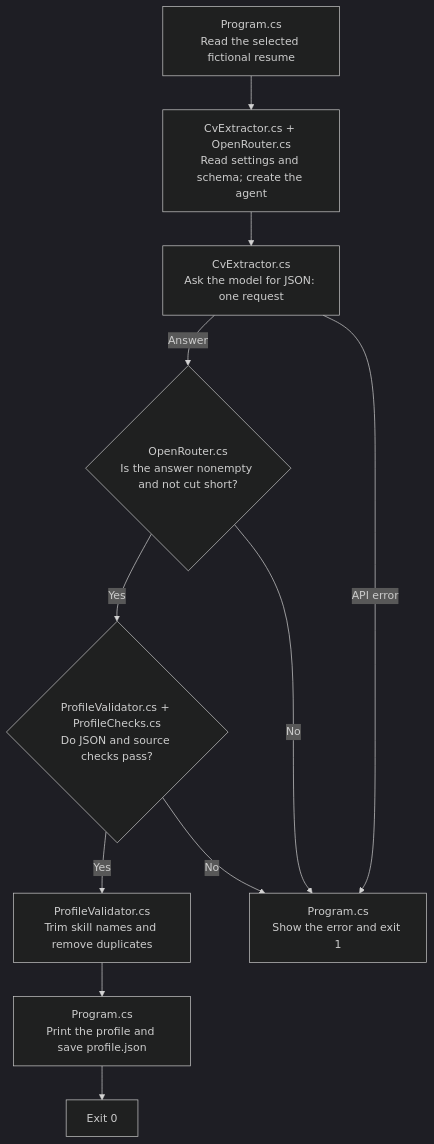
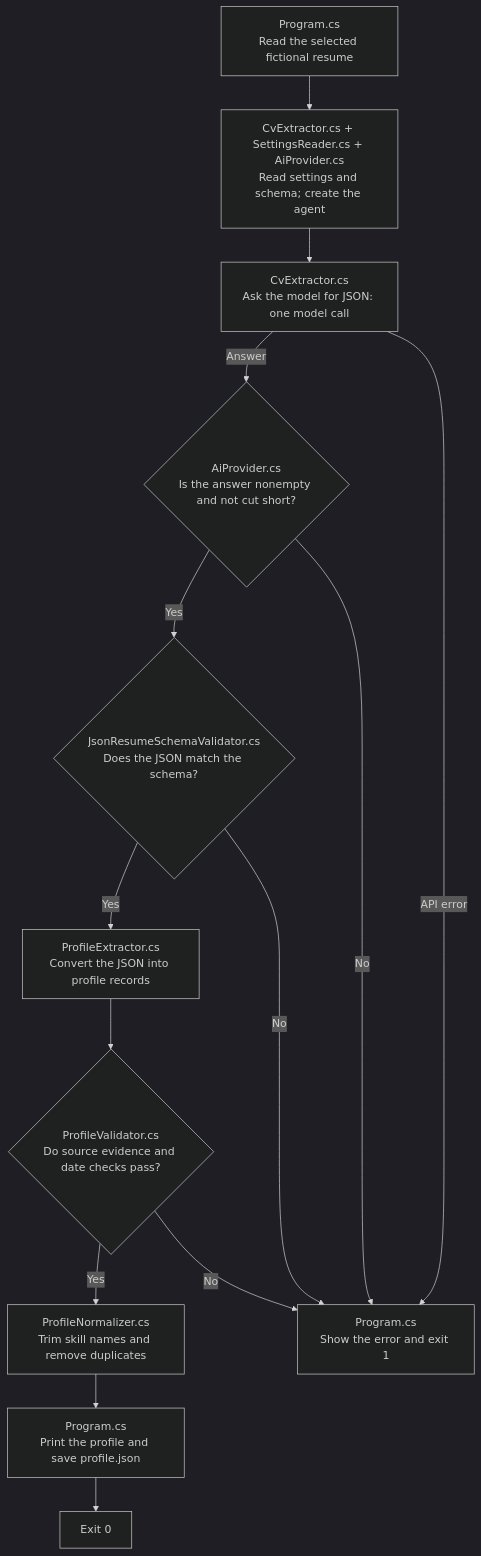
Before and after one commit to KhosroPakmanesh/ai-engineering-training: the diagram in 02-structured-output/structured-output/README.md, drawn with Mermaid (dark theme). The commit also changed other lines of this file and 80 other files, not shown here.

````diff
--- a/02-structured-output/structured-output/README.md
+++ b/02-structured-output/structured-output/README.md
@@ -19,13 +21,16 @@
 ```mermaid
 flowchart TD
-    A["Program.cs<br/>Read the selected fictional resume"] --> B["CvExtractor.cs + OpenRouter.cs<br/>Read settings and schema; create the agent"]
-    B --> C["CvExtractor.cs<br/>Ask the model for JSON: one request"]
-    C -->|Answer| D{"OpenRouter.cs<br/>Is the answer nonempty and not cut short?"}
-    D -->|Yes| E{"ProfileValidator.cs + ProfileChecks.cs<br/>Do JSON and source checks pass?"}
-    E -->|Yes| F["ProfileValidator.cs<br/>Trim skill names and remove duplicates"]
+    A["Program.cs<br/>Read the selected fictional resume"] --> B["CvExtractor.cs + SettingsReader.cs + AiProvider.cs<br/>Read settings and schema; create the agent"]
+    B --> C["CvExtractor.cs<br/>Ask the model for JSON: one model call"]
+    C -->|Answer| D{"AiProvider.cs<br/>Is the answer nonempty and not cut short?"}
+    D -->|Yes| E{"JsonResumeSchemaValidator.cs<br/>Does the JSON match the schema?"}
+    E -->|Yes| P["ProfileExtractor.cs<br/>Convert the JSON into profile records"]
+    P --> V{"ProfileValidator.cs<br/>Do source evidence and date checks pass?"}
+    V -->|Yes| F["ProfileNormalizer.cs<br/>Trim skill names and remove duplicates"]
     F --> G["Program.cs<br/>Print the profile and save profile.json"]
     G --> H["Exit 0"]
     E -->|No| I["Program.cs<br/>Show the error and exit 1"]
+    V -->|No| I
     C -->|API error| I
     D -->|No| I
 ```
````
